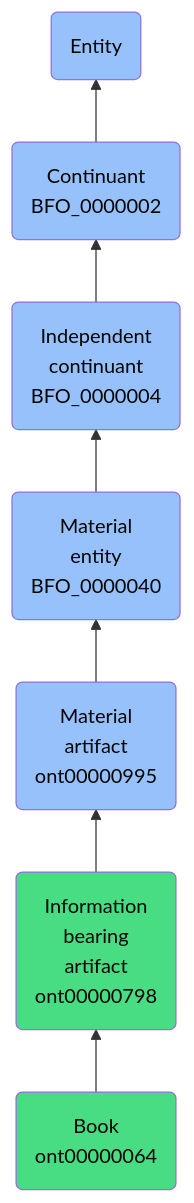
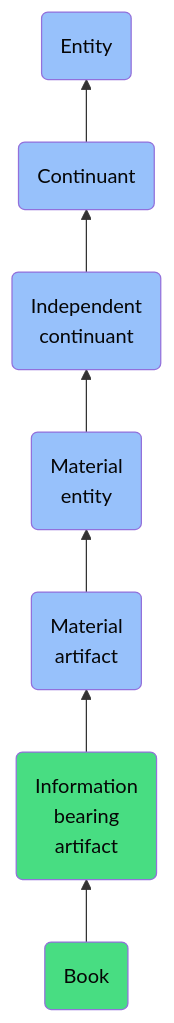
The diagram in docs/ontology/reference/model/Entity/Continuant/Independent continuant/Material entity/Material artifact/Information bearing artifact/Book/Book.md (jupyter-naas/abi), drawn with Mermaid before and after one commit. The commit also changed other lines of this file and 1430 other files, not shown here.

````diff
--- a/docs/ontology/reference/model/Entity/Continuant/Independent continuant/Material entity/Material artifact/Information bearing artifact/Book/Book.md
+++ b/docs/ontology/reference/model/Entity/Continuant/Independent continuant/Material entity/Material artifact/Information bearing artifact/Book/Book.md
@@ -24,14 +24,14 @@
 ```mermaid
 graph BT
-    ont00000064(Book<br>ont00000064):::ABI-->ont00000798
-    ont00000798(Information<br>bearing<br>artifact<br>ont00000798):::ABI-->ont00000995
-    ont00000995(Material<br>artifact<br>ont00000995):::BFO-->BFO_0000040
-    BFO_0000040(Material<br>entity<br>BFO_0000040):::BFO-->BFO_0000004
-    BFO_0000004(Independent<br>continuant<br>BFO_0000004):::BFO-->BFO_0000002
-    BFO_0000002(Continuant<br>BFO_0000002):::BFO-->BFO_0000001
+    ont00000064(Book):::ABI-->ont00000798
+    ont00000798(Information<br>bearing<br>artifact):::ABI-->ont00000995
+    ont00000995(Material<br>artifact):::BFO-->BFO_0000040
+    BFO_0000040(Material<br>entity):::BFO-->BFO_0000004
+    BFO_0000004(Independent<br>continuant):::BFO-->BFO_0000002
+    BFO_0000002(Continuant):::BFO-->BFO_0000001
     BFO_0000001(Entity):::BFO
     
     classDef BFO fill:#97c1fb,color:#060606
     classDef CCO fill:#e4c51e,color:#060606
     classDef ABI fill:#48DD82,color:#060606
 ```
````
